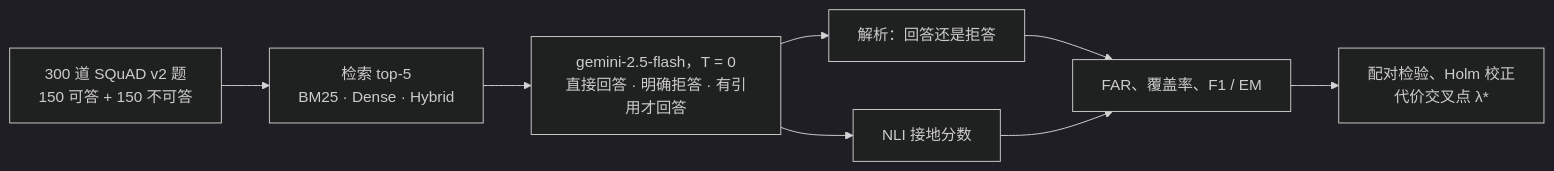
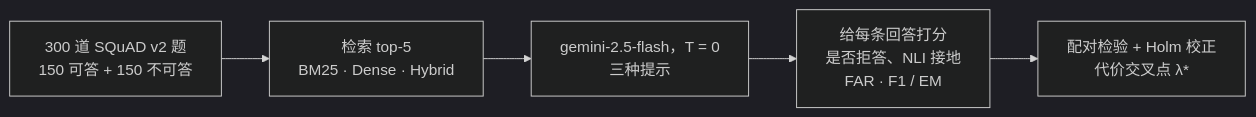
The diagram in README.zh-CN.md (TJiewgnil/rag-cite-or-abstain), drawn with Mermaid (dark theme) before and after one commit. The commit also changed 1 other file, not shown here.

Commit message:
Shorter pipeline diagram so it fits the README width

````diff
--- a/README.zh-CN.md
+++ b/README.zh-CN.md
@@ -23,10 +23,7 @@
 ```mermaid
 flowchart LR
   Q["300 道 SQuAD v2 题<br/>150 可答 + 150 不可答"] --> R["检索 top-5<br/>BM25 · Dense · Hybrid"]
-  R --> G["gemini-2.5-flash，T = 0<br/>直接回答 · 明确拒答 · 有引用才回答"]
-  G --> P["解析：回答还是拒答"]
-  P --> M["FAR、覆盖率、F1 / EM"]
-  G --> N["NLI 接地分数"]
-  N --> M
-  M --> S["配对检验、Holm 校正<br/>代价交叉点 λ*"]
+  R --> G["gemini-2.5-flash，T = 0<br/>三种提示"]
+  G --> M["给每条回答打分<br/>是否拒答、NLI 接地<br/>FAR · F1 / EM"]
+  M --> S["配对检验 + Holm 校正<br/>代价交叉点 λ*"]
 ```
````
